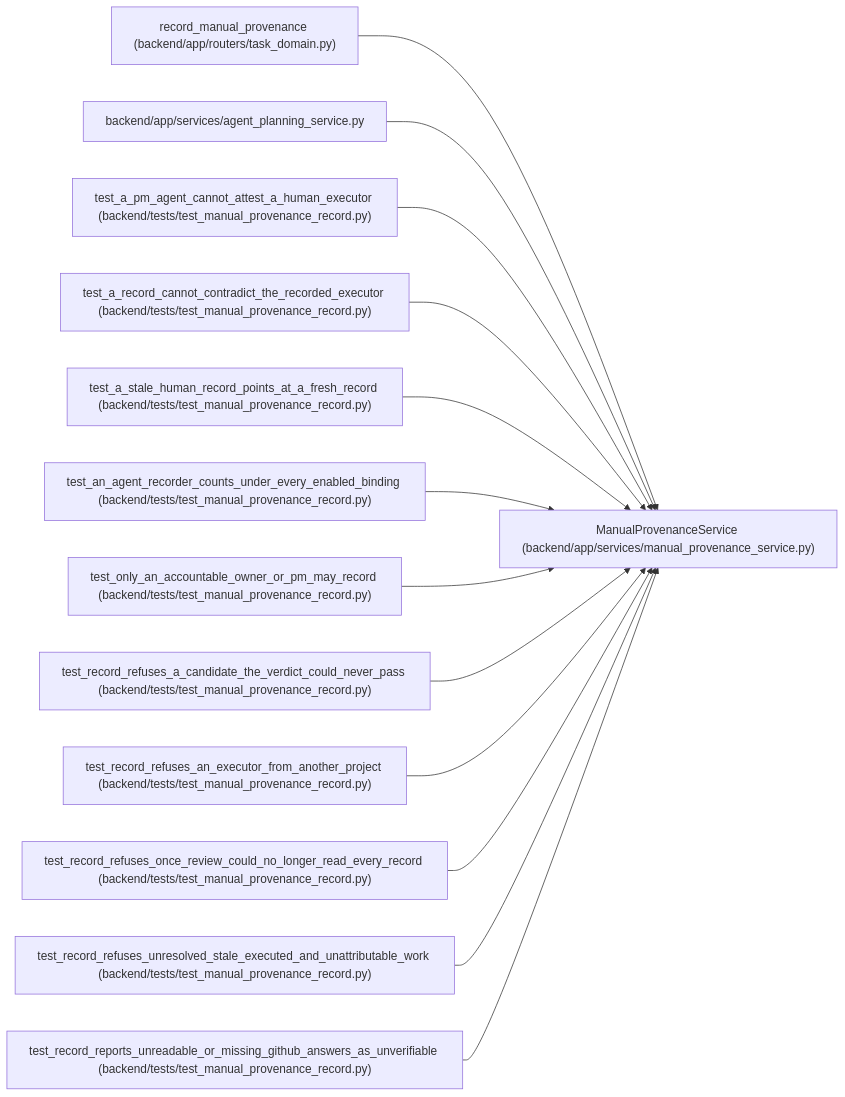
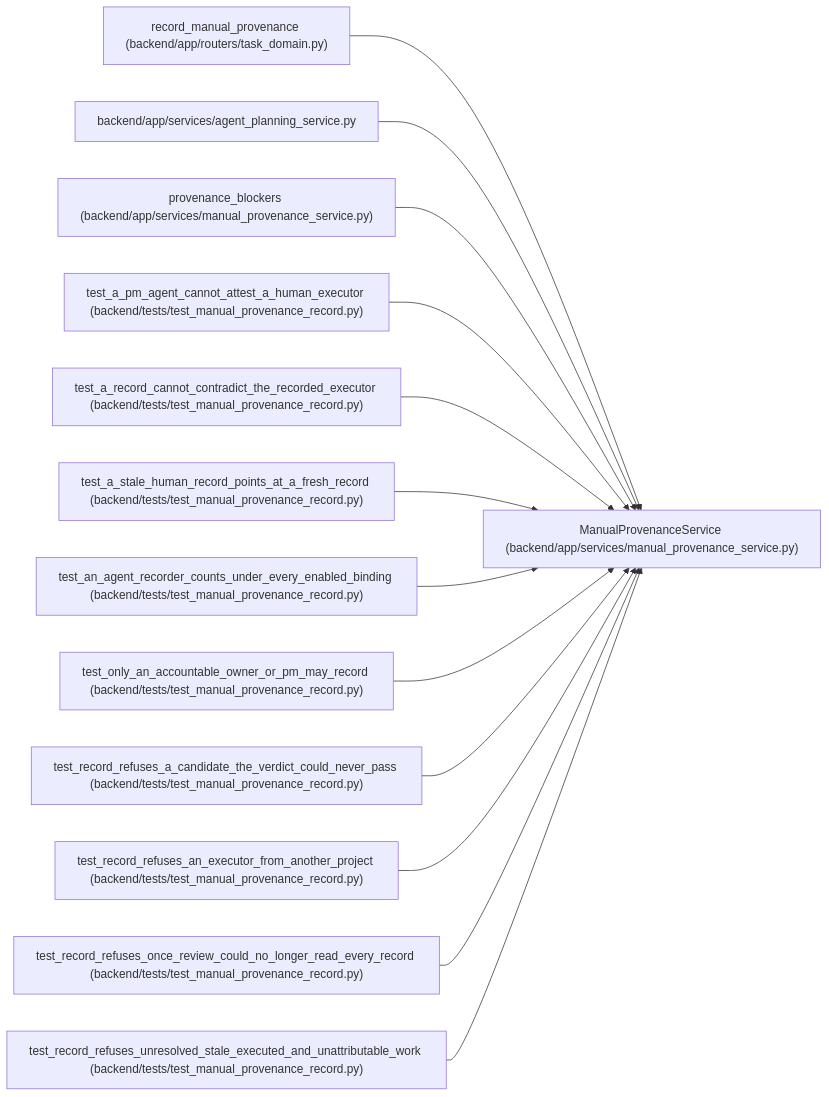
One commit to Denissvgn/WorkChord changed the diagram in docs/llm_wiki/entities/ManualProvenanceService.md. Above: the diagram before and after it, drawn with Mermaid. The commit also changed other lines of this file and 733 other files, not shown here.

Commit message:
Sync the architectural wiki for refusal next steps

````diff
--- a/docs/llm_wiki/entities/ManualProvenanceService.md
+++ b/docs/llm_wiki/entities/ManualProvenanceService.md
@@ -36,41 +36,41 @@
 ```mermaid
 flowchart LR
     n0["ManualProvenanceService (backend/app/services/manual_provenance_service.py)"]
     n1["record_manual_provenance (backend/app/routers/task_domain.py)"]
     n2["backend/app/services/agent_planning_service.py"]
-    n3["test_a_pm_agent_cannot_attest_a_human_executor (backend/tests/test_manual_provenance_record.py)"]
-    n4["test_a_record_cannot_contradict_the_recorded_executor (backend/tests/test_manual_provenance_record.py)"]
-    n5["test_a_stale_human_record_points_at_a_fresh_record (backend/tests/test_manual_provenance_record.py)"]
-    n6["test_an_agent_recorder_counts_under_every_enabled_binding (backend/tests/test_manual_provenance_record.py)"]
-    n7["test_only_an_accountable_owner_or_pm_may_record (backend/tests/test_manual_provenance_record.py)"]
-    n8["test_record_refuses_a_candidate_the_verdict_could_never_pass (backend/tests/test_manual_provenance_record.py)"]
-    n9["test_record_refuses_an_executor_from_another_project (backend/tests/test_manual_provenance_record.py)"]
-    n10["test_record_refuses_once_review_could_no_longer_read_every_record (backend/tests/test_manual_provenance_record.py)"]
-    n11["test_record_refuses_unresolved_stale_executed_and_unattributable_work (backend/tests/test_manual_provenance_record.py)"]
-    n12["test_record_reports_unreadable_or_missing_github_answers_as_unverifiable (backend/tests/test_manual_provenance_record.py)"]
+    n3["provenance_blockers (backend/app/services/manual_provenance_service.py)"]
+    n4["test_a_pm_agent_cannot_attest_a_human_executor (backend/tests/test_manual_provenance_record.py)"]
+    n5["test_a_record_cannot_contradict_the_recorded_executor (backend/tests/test_manual_provenance_record.py)"]
+    n6["test_a_stale_human_record_points_at_a_fresh_record (backend/tests/test_manual_provenance_record.py)"]
+    n7["test_an_agent_recorder_counts_under_every_enabled_binding (backend/tests/test_manual_provenance_record.py)"]
+    n8["test_only_an_accountable_owner_or_pm_may_record (backend/tests/test_manual_provenance_record.py)"]
+    n9["test_record_refuses_a_candidate_the_verdict_could_never_pass (backend/tests/test_manual_provenance_record.py)"]
+    n10["test_record_refuses_an_executor_from_another_project (backend/tests/test_manual_provenance_record.py)"]
+    n11["test_record_refuses_once_review_could_no_longer_read_every_record (backend/tests/test_manual_provenance_record.py)"]
+    n12["test_record_refuses_unresolved_stale_executed_and_unattributable_work (backend/tests/test_manual_provenance_record.py)"]
     n1 --> n0
     n2 --> n0
     n3 --> n0
     n4 --> n0
     n5 --> n0
     n6 --> n0
     n7 --> n0
     n8 --> n0
     n9 --> n0
     n10 --> n0
     n11 --> n0
     n12 --> n0
     click n0 "../modules/manual_provenance_service.md"
     click n1 "../modules/routers_task_domain.md"
     click n2 "../modules/agent_planning_service.md"
-    click n3 "../modules/test_manual_provenance_record.md"
+    click n3 "../modules/manual_provenance_service.md"
     click n4 "../modules/test_manual_provenance_record.md"
     click n5 "../modules/test_manual_provenance_record.md"
     click n6 "../modules/test_manual_provenance_record.md"
     click n7 "../modules/test_manual_provenance_record.md"
     click n8 "../modules/test_manual_provenance_record.md"
     click n9 "../modules/test_manual_provenance_record.md"
     click n10 "../modules/test_manual_provenance_record.md"
     click n11 "../modules/test_manual_provenance_record.md"
     click n12 "../modules/test_manual_provenance_record.md"
 ```
````
